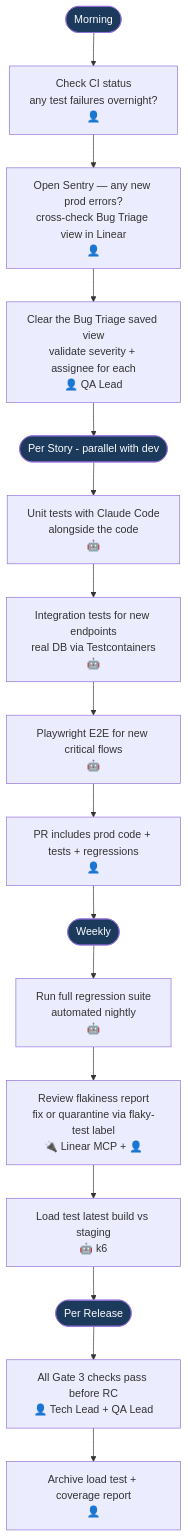
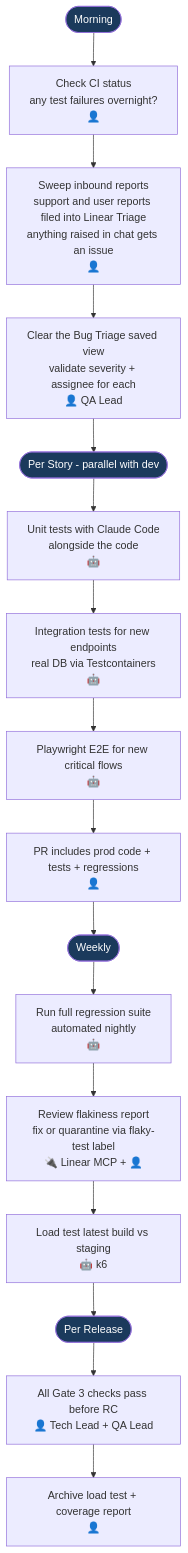
One commit to kalpat-allion/ai-dlc changed the tenth of 10 diagrams in aidlc-phases/04-testing-and-qa/FLOWCHART.md. Above: the diagram before and after it, drawn with Mermaid. The commit also changed other lines of this file and 39 other files, not shown here.

````diff
--- a/aidlc-phases/04-testing-and-qa/FLOWCHART.md
+++ b/aidlc-phases/04-testing-and-qa/FLOWCHART.md
@@ -367,26 +356,26 @@
 ```mermaid
 flowchart TD
     QA_M([Morning]) --> QA_M1[Check CI status<br/>any test failures overnight?<br/>👤]
-    QA_M1 --> QA_M2[Open Sentry — any new prod errors?<br/>cross-check Bug Triage view in Linear<br/>👤]
+    QA_M1 --> QA_M2[Sweep inbound reports<br/>support and user reports filed into Linear Triage<br/>anything raised in chat gets an issue<br/>👤]
     QA_M2 --> QA_M3[Clear the Bug Triage saved view<br/>validate severity + assignee for each<br/>👤 QA Lead]
     QA_M3 --> QA_PER([Per Story - parallel with dev])
 
     QA_PER --> QA_P1[Unit tests with Claude Code<br/>alongside the code<br/>🤖]
     QA_P1 --> QA_P2[Integration tests for new endpoints<br/>real DB via Testcontainers<br/>🤖]
     QA_P2 --> QA_P3[Playwright E2E for new critical flows<br/>🤖]
     QA_P3 --> QA_P4[PR includes prod code + tests + regressions<br/>👤]
     QA_P4 --> QA_W([Weekly])
 
     QA_W --> QA_W1[Run full regression suite<br/>automated nightly<br/>🤖]
     QA_W1 --> QA_W2[Review flakiness report<br/>fix or quarantine via flaky-test label<br/>🔌 Linear MCP + 👤]
     QA_W2 --> QA_W3[Load test latest build vs staging<br/>🤖 k6]
     QA_W3 --> QA_REL([Per Release])
 
     QA_REL --> QA_R1[All Gate 3 checks pass before RC<br/>👤 Tech Lead + QA Lead]
     QA_R1 --> QA_R2[Archive load test + coverage report<br/>👤]
 
     style QA_M fill:#1B3A5C,color:#fff
     style QA_PER fill:#1B3A5C,color:#fff
     style QA_W fill:#1B3A5C,color:#fff
     style QA_REL fill:#1B3A5C,color:#fff
 ```
````
